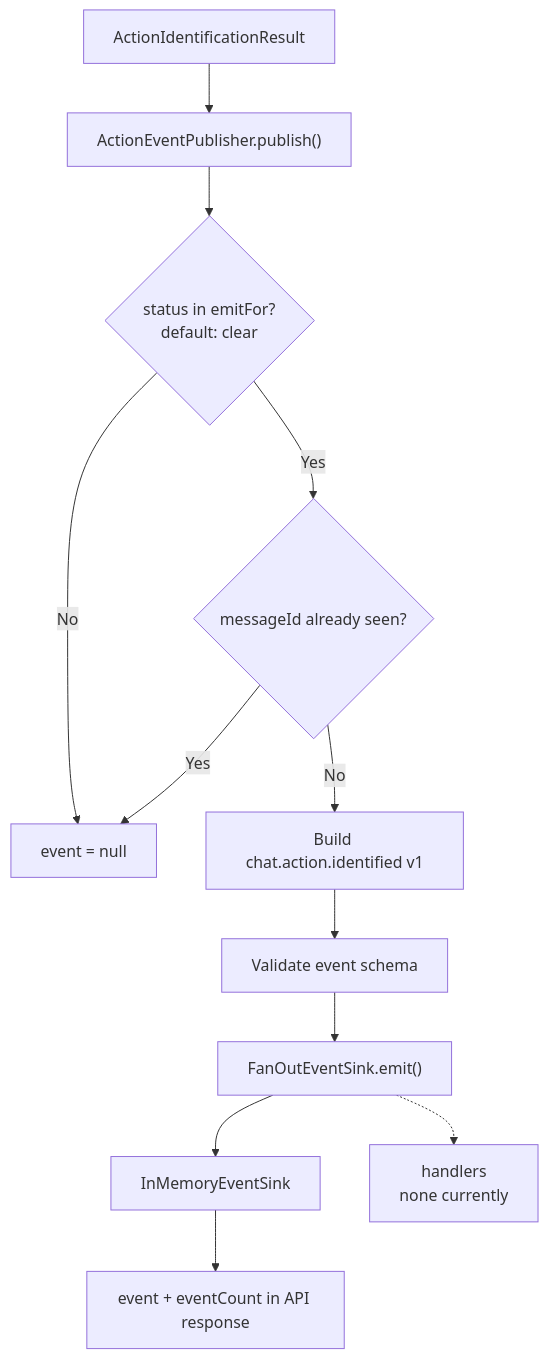
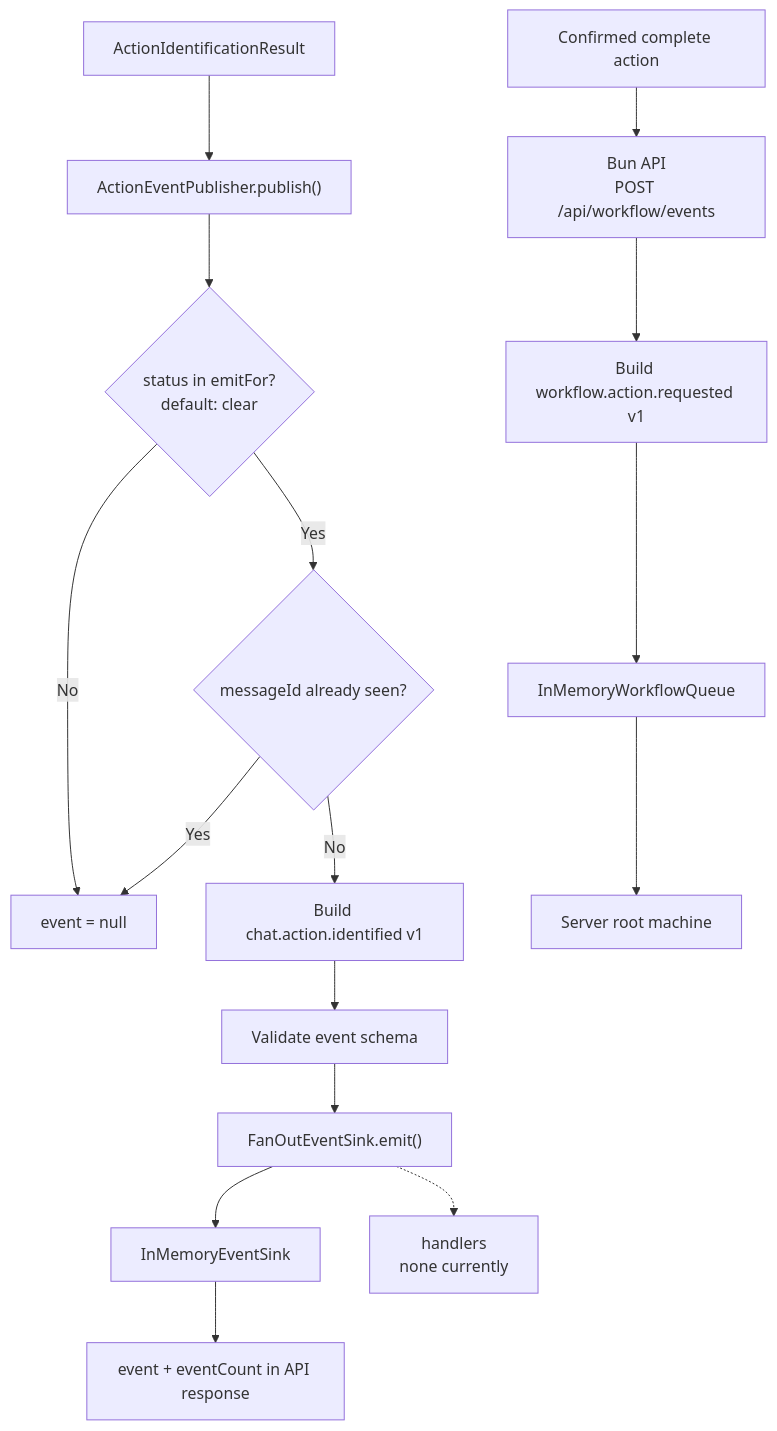
The eighth of 10 diagrams in docs/SYSTEM_DIAGRAM.md (ranjitd-sys/Workflow), drawn with Mermaid before and after one commit. The commit also changed other lines of this file and 48 other files, not shown here.

````diff
--- a/docs/SYSTEM_DIAGRAM.md
+++ b/docs/SYSTEM_DIAGRAM.md
@@ -324,17 +397,19 @@
 ```mermaid
 flowchart TD
   Result["ActionIdentificationResult"] --> Publish["ActionEventPublisher.publish()"]
   Publish --> EmitCheck{"status in emitFor?<br/>default: clear"}
-
   EmitCheck -->|No| NoEvent["event = null"]
   EmitCheck -->|Yes| DedupeCheck{"messageId already seen?"}
-
   DedupeCheck -->|Yes| NoEvent
   DedupeCheck -->|No| Build["Build chat.action.identified v1"]
-
   Build --> Validate["Validate event schema"]
   Validate --> FanOut["FanOutEventSink.emit()"]
   FanOut --> Memory["InMemoryEventSink"]
   FanOut -.-> Handlers["handlers<br/>none currently"]
   Memory --> Response["event + eventCount in API response"]
+
+  Confirmed["Confirmed complete action"] --> WorkflowAPI["Bun API<br/>POST /api/workflow/events"]
+  WorkflowAPI --> Requested["Build workflow.action.requested v1"]
+  Requested --> Queue["InMemoryWorkflowQueue"]
+  Queue --> Root["Server root machine"]
 ```
````
